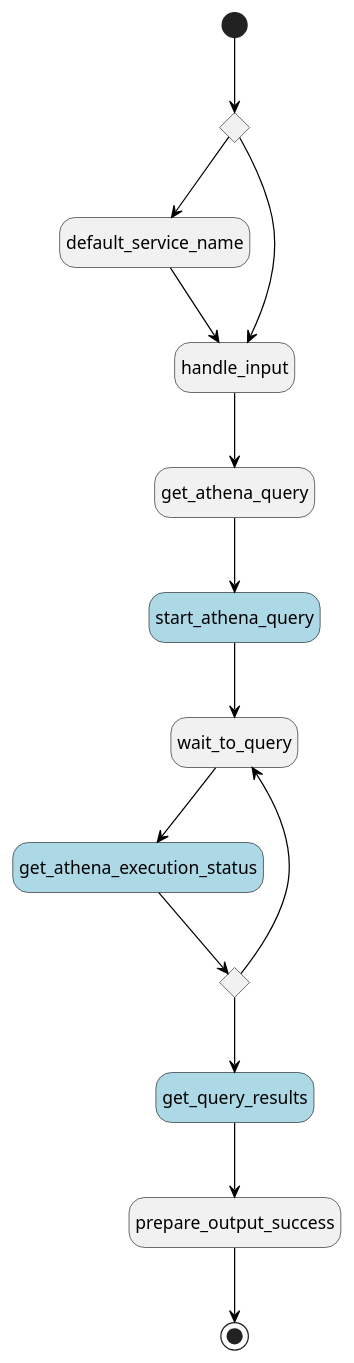
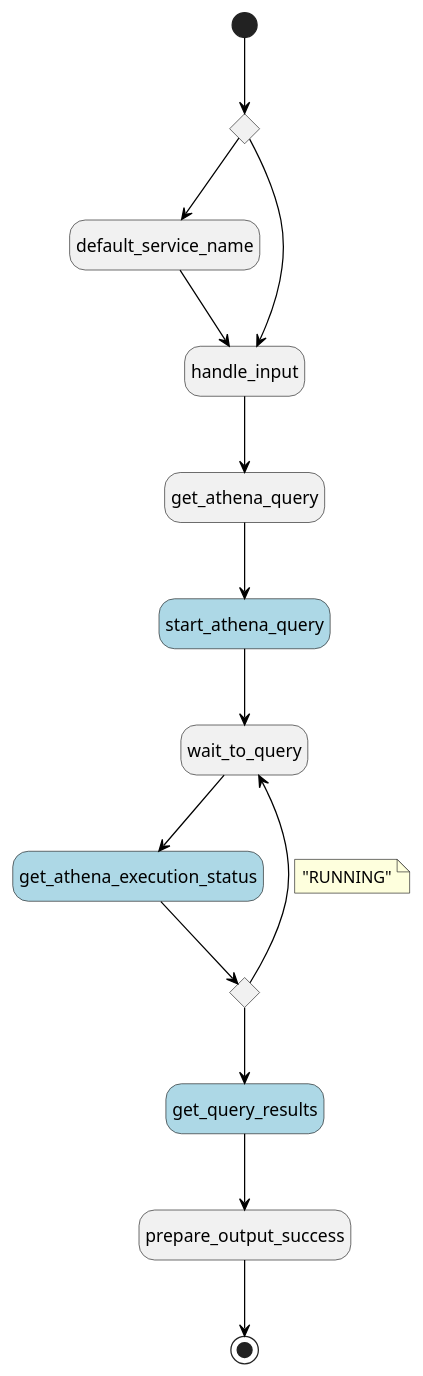
The diagram in src/__tests__/pumls/aws-example-execute_athena_query.asl.puml (massfords/asl-puml), drawn with PlantUML before and after one commit. The commit also changed 3 other files, not shown here.

```diff
--- a/src/__tests__/pumls/aws-example-execute_athena_query.asl.puml
+++ b/src/__tests__/pumls/aws-example-execute_athena_query.asl.puml
@@ -1,38 +1,41 @@
 @startuml
 hide empty description
 skinparam LineBackgroundColor #black
 skinparam ArrowColor #black
 skinparam state {
     BackgroundColor<<aslFail>> #red
     FontColor<<aslFail>> #white
 
     BackgroundColor<<aslTask>> #lightblue
     BackgroundColor<<Compensate>> #orange
 
     BackgroundColor<<aslSucceed>> #green
     FontColor<<aslSucceed>> #white
 }
 state "confirm_service_name" as state1<<Choice>>
 state "default_service_name" as state2<<aslPass>>
 state "handle_input" as state3<<aslPass>>
 state "get_athena_query" as state4<<aslPass>>
 state "start_athena_query" as state5<<aslTask>>
 state "wait_to_query" as state6<<aslWait>>
 state "get_athena_execution_status" as state7<<aslTask>>
 state "is_query_finished" as state8<<Choice>>
 state "get_query_results" as state9<<aslTask>>
 state "prepare_output_success" as state10<<aslPass>>
 [*] --> state1
 state1 --> state3
 state1 --> state2
 state2 --> state3
 state3 --> state4
 state4 --> state5
 state5 --> state6
 state6 --> state7
 state7 --> state8
 state8 --> state6
+note on link
+"RUNNING"
+end note
 state8 --> state9
 state9 --> state10
 state10 --> [*]
 @enduml
```
